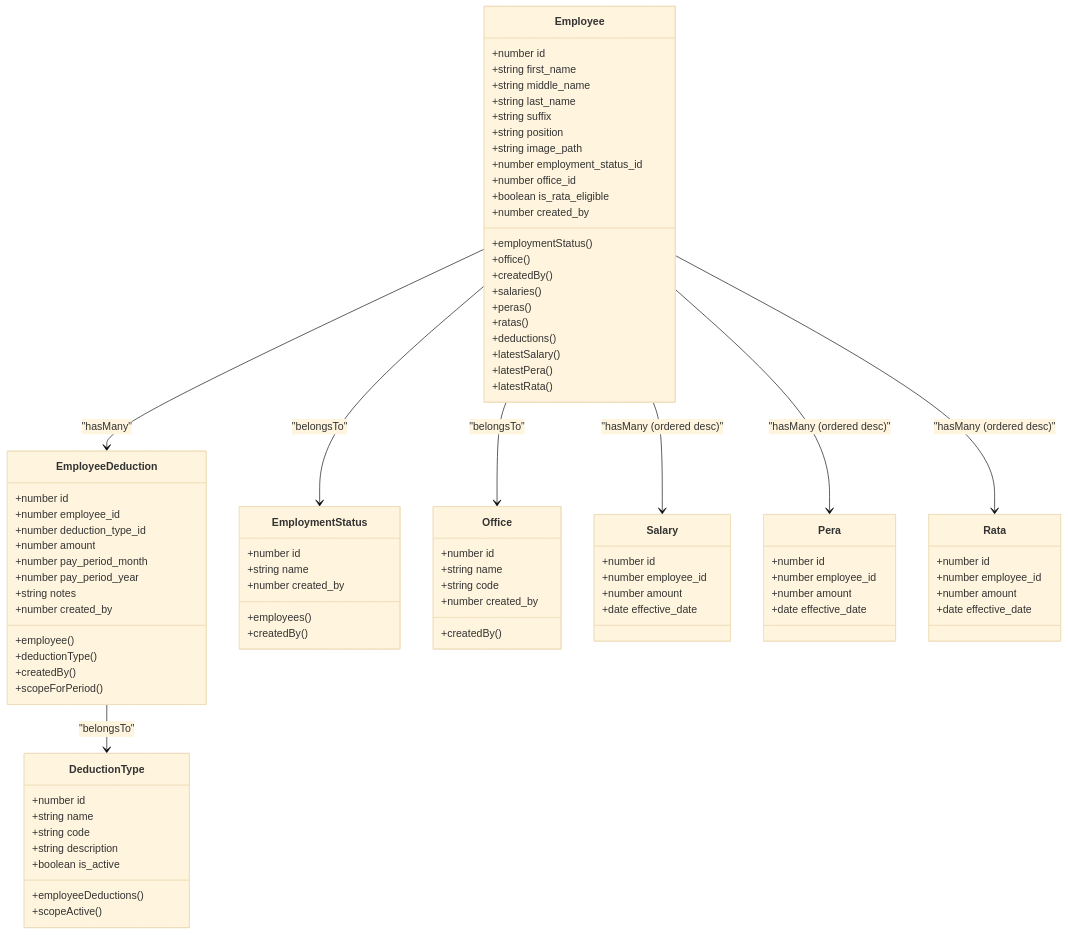
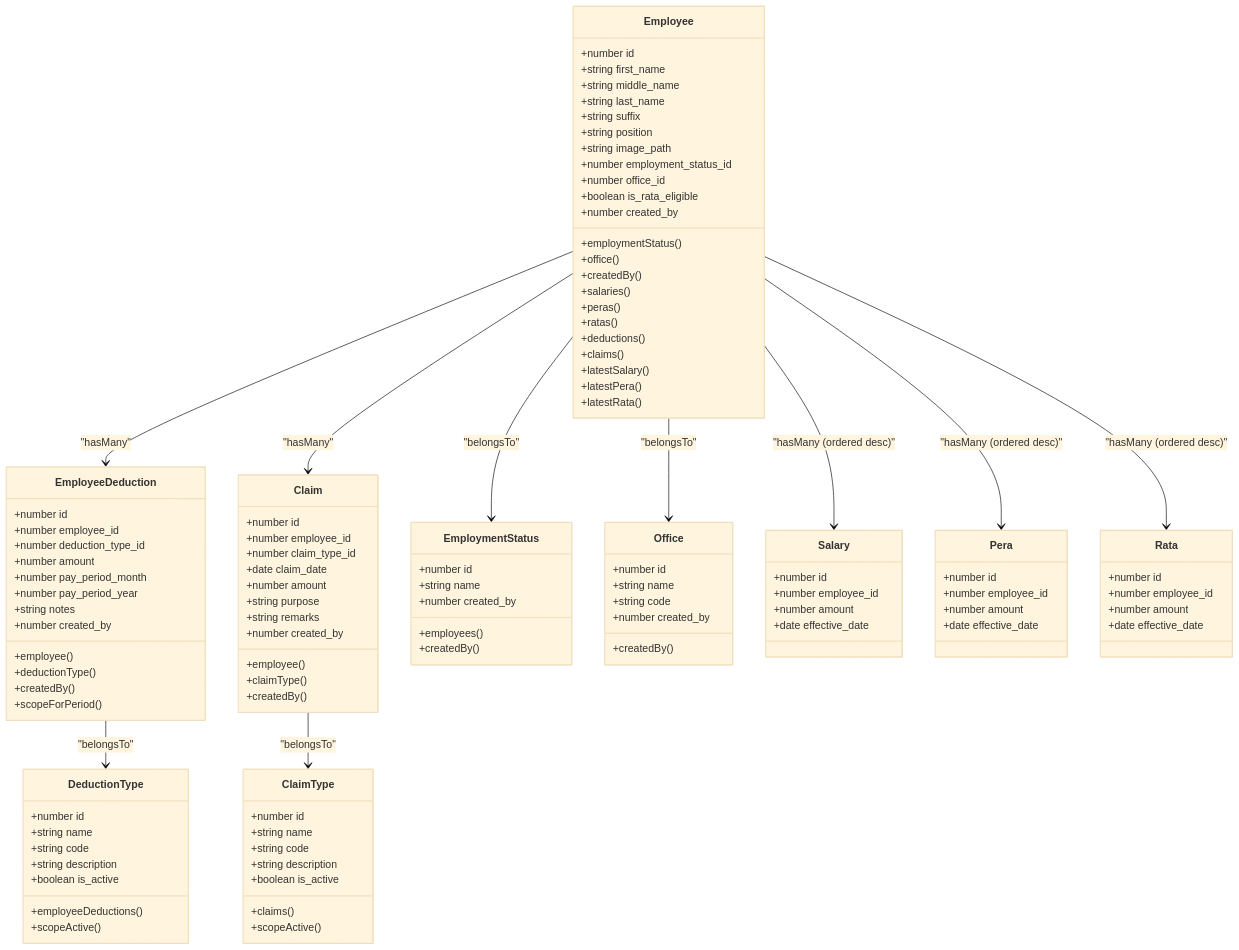
Before and after one commit to vincet0t15/template: the third of 9 diagrams in .qoder/repowiki/en/content/Employee Management/Employee Management.md, drawn with Mermaid (base theme). The commit also changed other lines of this file and 5 other files, not shown here.

````diff
--- a/.qoder/repowiki/en/content/Employee Management/Employee Management.md
+++ b/.qoder/repowiki/en/content/Employee Management/Employee Management.md
@@ -240,6 +290,7 @@
 +peras()
 +ratas()
 +deductions()
++claims()
 +latestSalary()
 +latestPera()
 +latestRata()
@@ -257,6 +308,28 @@
 +deductionType()
 +createdBy()
 +scopeForPeriod()
+}
+class Claim {
++number id
++number employee_id
++number claim_type_id
++date claim_date
++number amount
++string purpose
++string remarks
++number created_by
++employee()
++claimType()
++createdBy()
+}
+class ClaimType {
++number id
++string name
++string code
++string description
++boolean is_active
++claims()
++scopeActive()
 }
 class DeductionType {
 +number id
@@ -305,5 +378,7 @@
 Employee --> Pera : "hasMany (ordered desc)"
 Employee --> Rata : "hasMany (ordered desc)"
 Employee --> EmployeeDeduction : "hasMany"
+Employee --> Claim : "hasMany"
 EmployeeDeduction --> DeductionType : "belongsTo"
+Claim --> ClaimType : "belongsTo"
 ```
````
